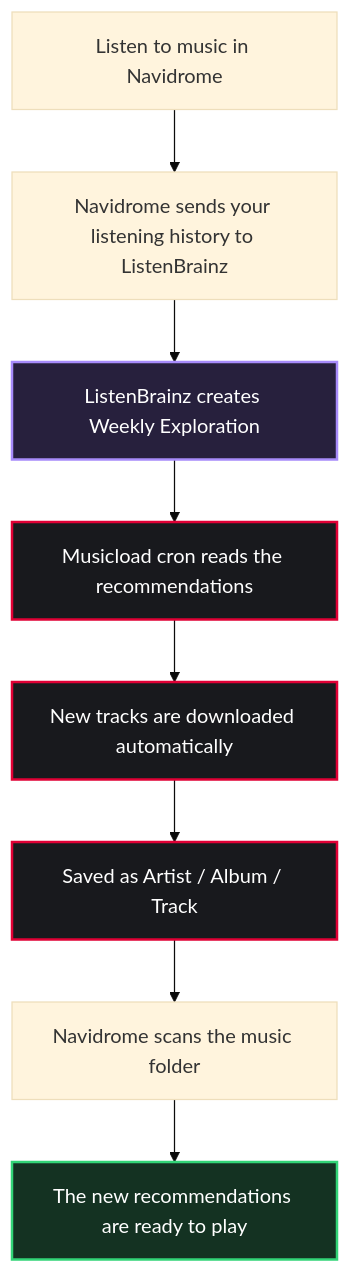
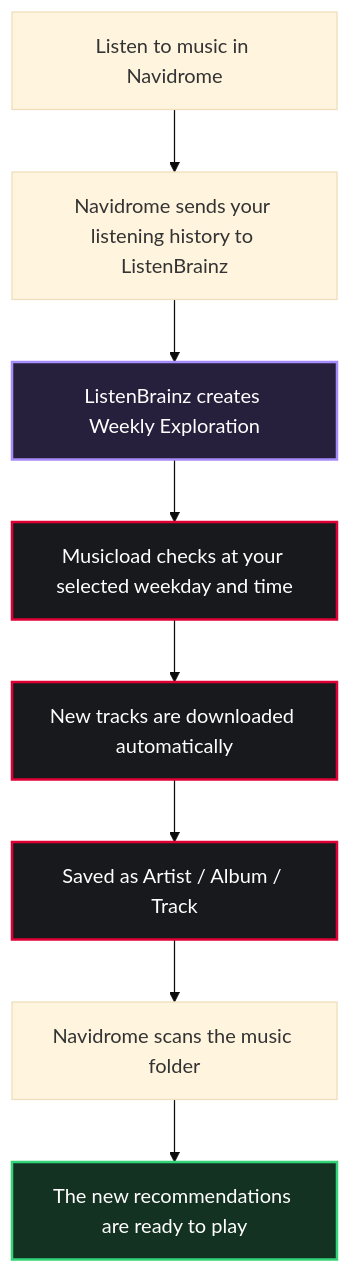
Before and after one commit to Kingdaniel4747/musicload: the second of 3 diagrams in README.md, drawn with Mermaid (base theme). The commit also changed other lines of this file and 13 other files, not shown here.

````diff
--- a/README.md
+++ b/README.md
@@ -48,21 +48,21 @@
 ```mermaid
 flowchart TD
     A["Listen to music in Navidrome"]
     B["Navidrome sends your listening history to ListenBrainz"]
     C["ListenBrainz creates Weekly Exploration"]
-    D["Musicload cron reads the recommendations"]
+    D["Musicload checks at your selected weekday and time"]
     E["New tracks are downloaded automatically"]
     F["Saved as Artist / Album / Track"]
     G["Navidrome scans the music folder"]
     H["The new recommendations are ready to play"]
 
     A --> B --> C --> D --> E --> F --> G --> H
 
     classDef musicload fill:#18191d,stroke:#e00035,color:#ffffff,stroke-width:2px;
     classDef listenbrainz fill:#27203d,stroke:#a78bfa,color:#ffffff,stroke-width:2px;
     classDef final fill:#143222,stroke:#32d477,color:#ffffff,stroke-width:2px;
 
     class C listenbrainz;
     class D,E,F musicload;
     class H final;
 ```
````
